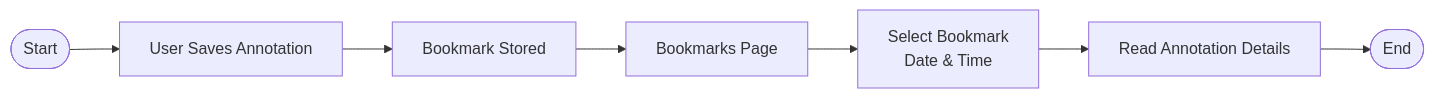
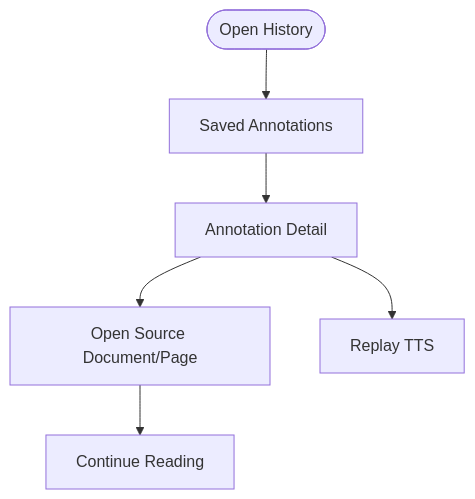
One commit to ventodeco/annota-gemini-hackathon-3 changed the third of 3 diagrams in docs/prd.md. Above: the diagram before and after it, drawn with Mermaid. The commit also changed other lines of this file and 3 other files, not shown here.

````diff
--- a/docs/prd.md
+++ b/docs/prd.md
@@ -279,9 +246,8 @@
 ```mermaid
-graph LR
-    Start([Start]) --> Save[User Saves Annotation]
-    Save --> Stored[Bookmark Stored]
-    Stored --> Page[Bookmarks Page]
-    Page --> Select[Select Bookmark <br/> Date & Time]
-    Select --> Details[Read Annotation Details]
-    Details --> End([End])
+graph TD
+    Start([Open History]) --> List[Saved Annotations]
+    List --> Detail[Annotation Detail]
+    Detail --> Source[Open Source Document/Page]
+    Detail --> Replay[Replay TTS]
+    Source --> Reader[Continue Reading]
 ```
````
